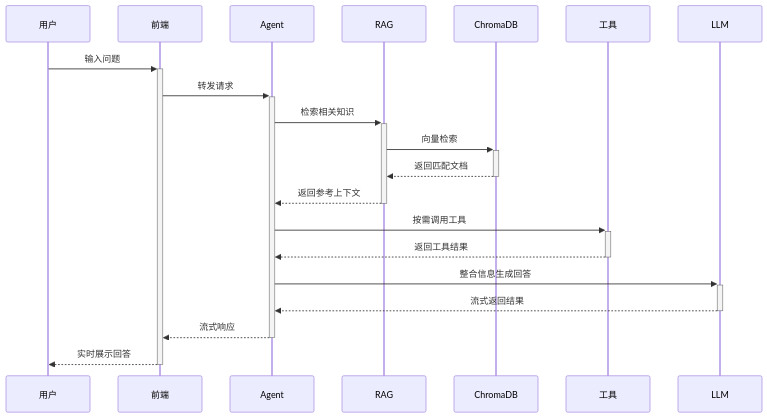
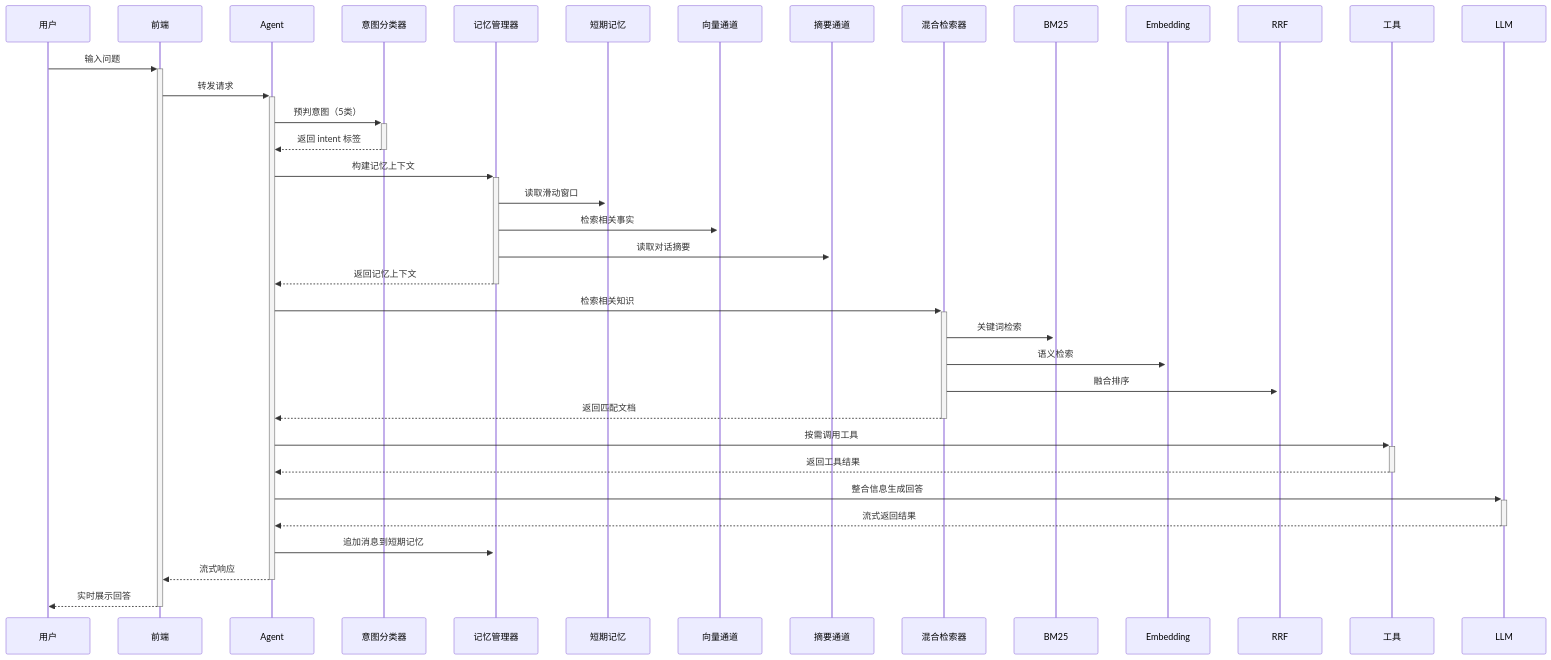
One commit to youcaifang66-ops/zhiliantong-agent changed the second of 2 diagrams in README.md. Above: the diagram before and after it, drawn with Mermaid. The commit also changed other lines of this file and 29 other files, not shown here.

````diff
--- a/README.md
+++ b/README.md
@@ -82,19 +111,30 @@
 ```mermaid
 sequenceDiagram
     用户->>+前端: 输入问题
     前端->>+Agent: 转发请求
     
-    Agent->>+RAG: 检索相关知识
-    RAG->>+ChromaDB: 向量检索
-    ChromaDB-->>-RAG: 返回匹配文档
-    RAG-->>-Agent: 返回参考上下文
+    Agent->>+意图分类器: 预判意图（5类）
+    意图分类器-->>-Agent: 返回 intent 标签
+    
+    Agent->>+记忆管理器: 构建记忆上下文
+    记忆管理器->>+短期记忆: 读取滑动窗口
+    记忆管理器->>+向量通道: 检索相关事实
+    记忆管理器->>+摘要通道: 读取对话摘要
+    记忆管理器-->>-Agent: 返回记忆上下文
+    
+    Agent->>+混合检索器: 检索相关知识
+    混合检索器->>+BM25: 关键词检索
+    混合检索器->>+Embedding: 语义检索
+    混合检索器->>+RRF: 融合排序
+    混合检索器-->>-Agent: 返回匹配文档
     
     Agent->>+工具: 按需调用工具
     工具-->>-Agent: 返回工具结果
     
     Agent->>+LLM: 整合信息生成回答
     LLM-->>-Agent: 流式返回结果
     
+    Agent->>+记忆管理器: 追加消息到短期记忆
     Agent-->>-前端: 流式响应
     前端-->>-用户: 实时展示回答
 ```
````
